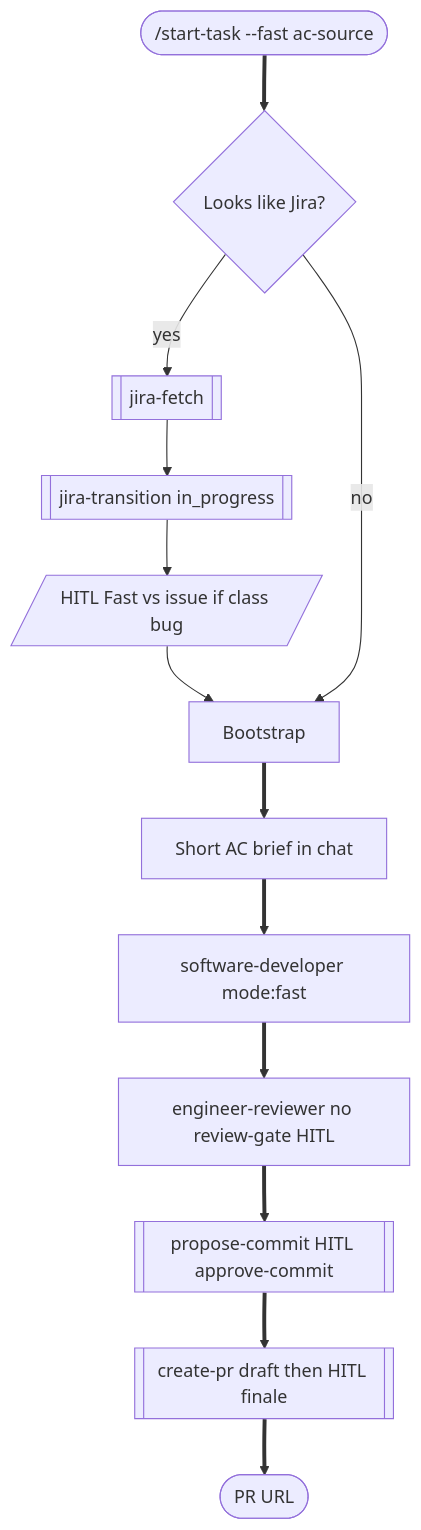
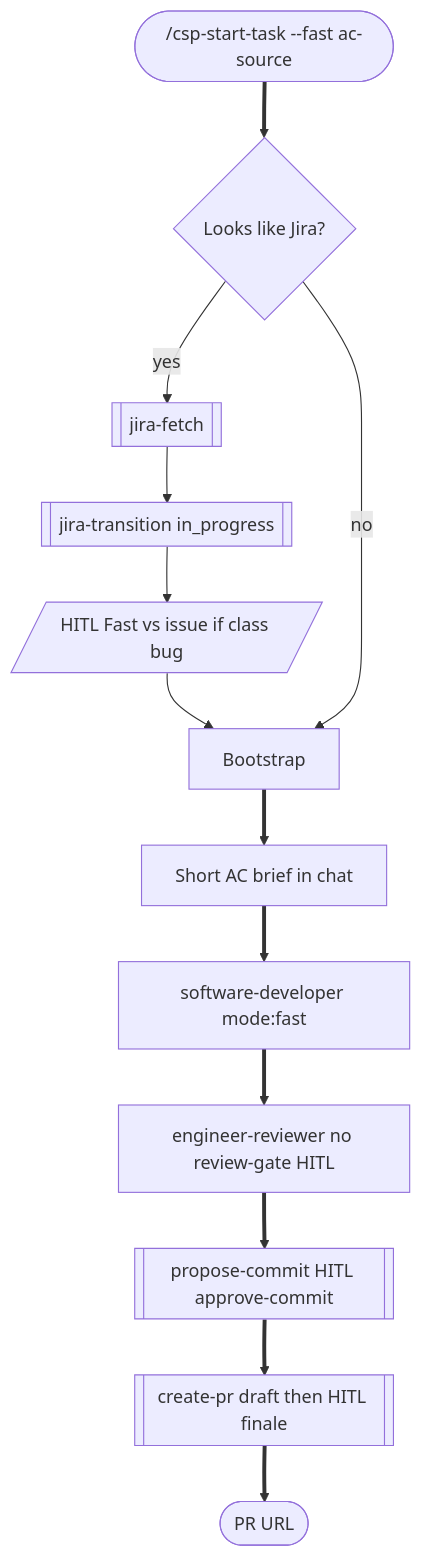
One commit to a-trembak/cursor-spells changed diagram 12 of 14 in docs/superpowers/pipeline-flow.md. Above: the diagram before and after it, drawn with Mermaid. The commit also changed other lines of this file and 227 other files, not shown here.

````diff
--- a/docs/superpowers/pipeline-flow.md
+++ b/docs/superpowers/pipeline-flow.md
@@ -544,20 +544,20 @@
 ```mermaid
 flowchart TD
-  startFast(["/start-task --fast ac-source"])
+  startFast(["/csp-start-task --fast ac-source"])
   looksJira{Looks like Jira?}
   fetch[["jira-fetch"]]
   inProgress[["jira-transition in_progress"]]
   fastVsIssue[/"HITL Fast vs issue if class bug"/]
   boot["Bootstrap"]
   brief["Short AC brief in chat"]
   exec["software-developer mode:fast"]
   review["engineer-reviewer no review-gate HITL"]
   commitNode[["propose-commit HITL approve-commit"]]
   prNode[["create-pr draft then HITL finale"]]
   doneFast(["PR URL"])
 
   startFast ==> looksJira
   looksJira -->|"yes"| fetch --> inProgress --> fastVsIssue --> boot
   looksJira -->|"no"| boot
   boot ==> brief ==> exec ==> review ==> commitNode ==> prNode ==> doneFast
 ```
````
